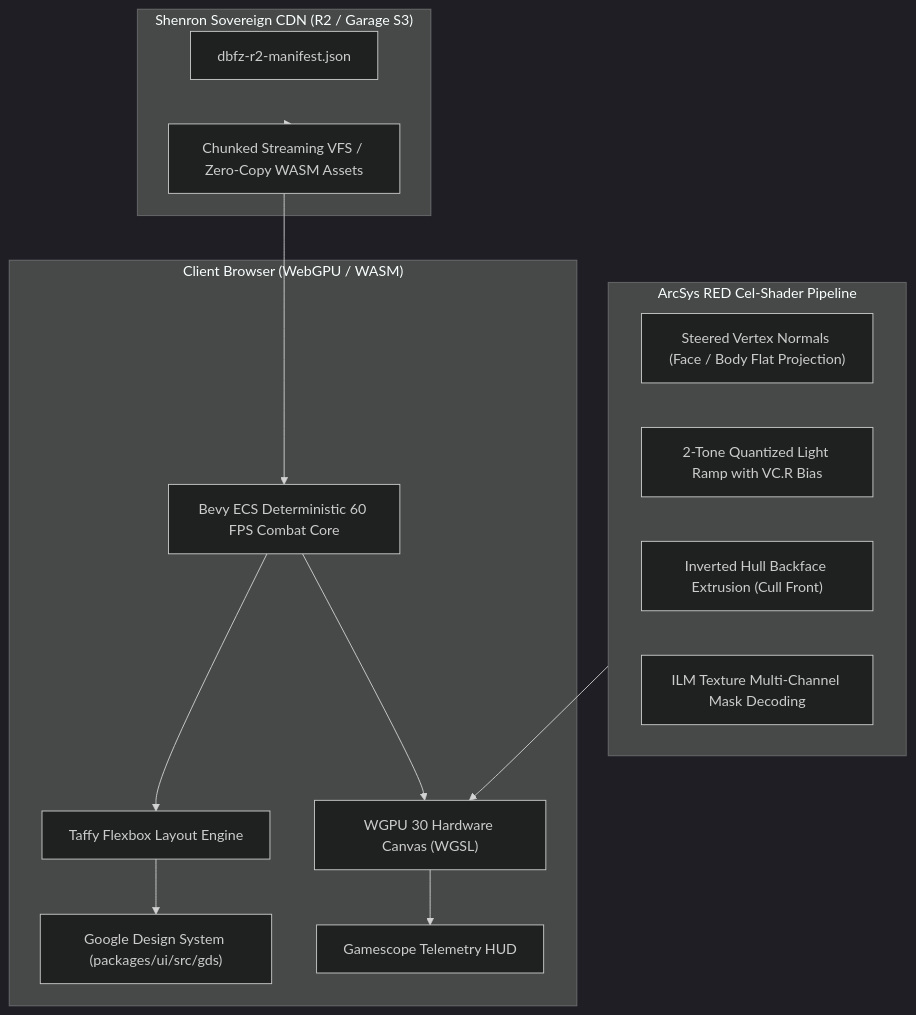
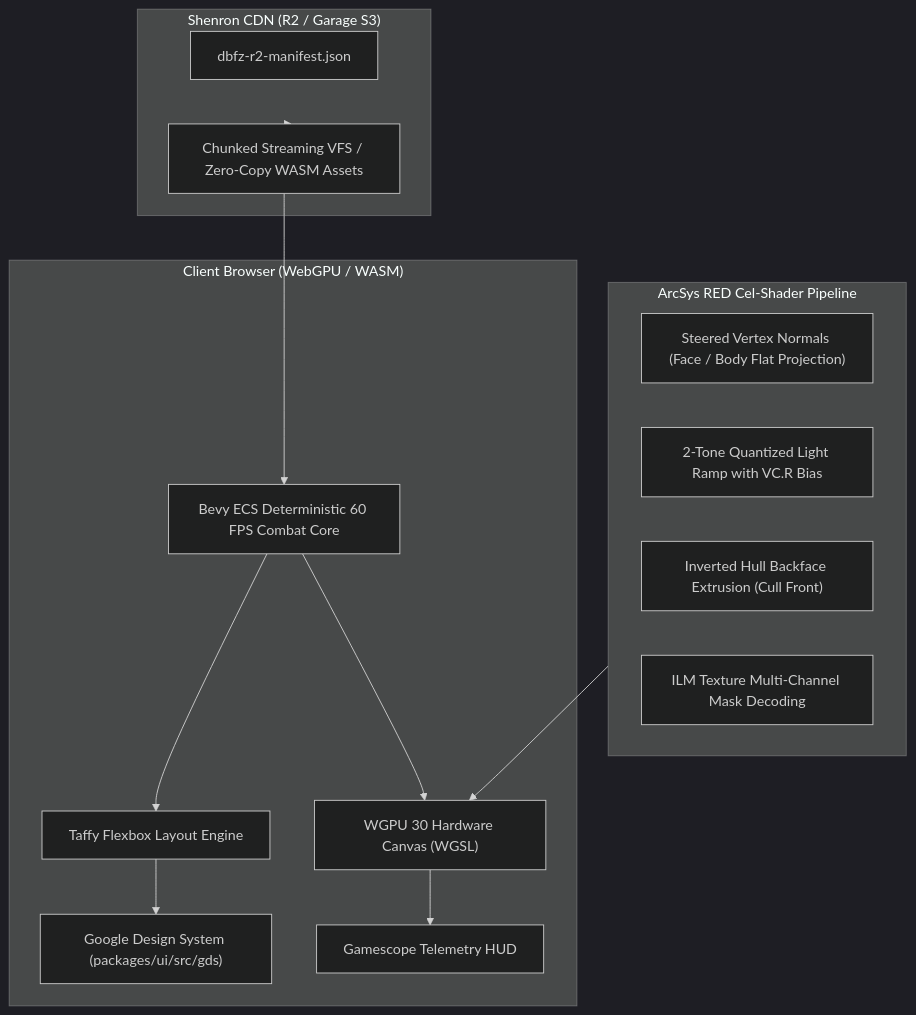
Before and after one commit to aphrody-labs/shenron: the diagram in docs/games/dbfz-r2-cdn-architecture.md, drawn with Mermaid (dark theme). The commit also changed other lines of this file and 29 other files, not shown here.

````diff
--- a/docs/games/dbfz-r2-cdn-architecture.md
+++ b/docs/games/dbfz-r2-cdn-architecture.md
@@ -51,28 +51,28 @@
 ```mermaid
 flowchart TD
     subgraph Browser_Client["Client Browser (WebGPU / WASM)"]
         GDS_UI["Google Design System (packages/ui/src/gds)"]
         TAFFY["Taffy Flexbox Layout Engine"]
         BEVY_ECS["Bevy ECS Deterministic 60 FPS Combat Core"]
         WGPU_CANVAS["WGPU 30 Hardware Canvas (WGSL)"]
         GAMESCOPE["Gamescope Telemetry HUD"]
     end
 
     subgraph Shading_Pipeline["ArcSys RED Cel-Shader Pipeline"]
         NORMALS["Steered Vertex Normals (Face / Body Flat Projection)"]
         RAMP["2-Tone Quantized Light Ramp with VC.R Bias"]
         HULL["Inverted Hull Backface Extrusion (Cull Front)"]
         ILM["ILM Texture Multi-Channel Mask Decoding"]
     end
 
-    subgraph CDN_Delivery["Shenron Sovereign CDN (R2 / Garage S3)"]
+    subgraph CDN_Delivery["Shenron CDN (R2 / Garage S3)"]
         MANIFEST["dbfz-r2-manifest.json"]
         VFS_STREAM["Chunked Streaming VFS / Zero-Copy WASM Assets"]
     end
 
     CDN_Delivery --> VFS_STREAM --> BEVY_ECS
     BEVY_ECS --> TAFFY --> GDS_UI
     BEVY_ECS --> WGPU_CANVAS
     Shading_Pipeline --> WGPU_CANVAS
     WGPU_CANVAS --> GAMESCOPE
 ```
````
